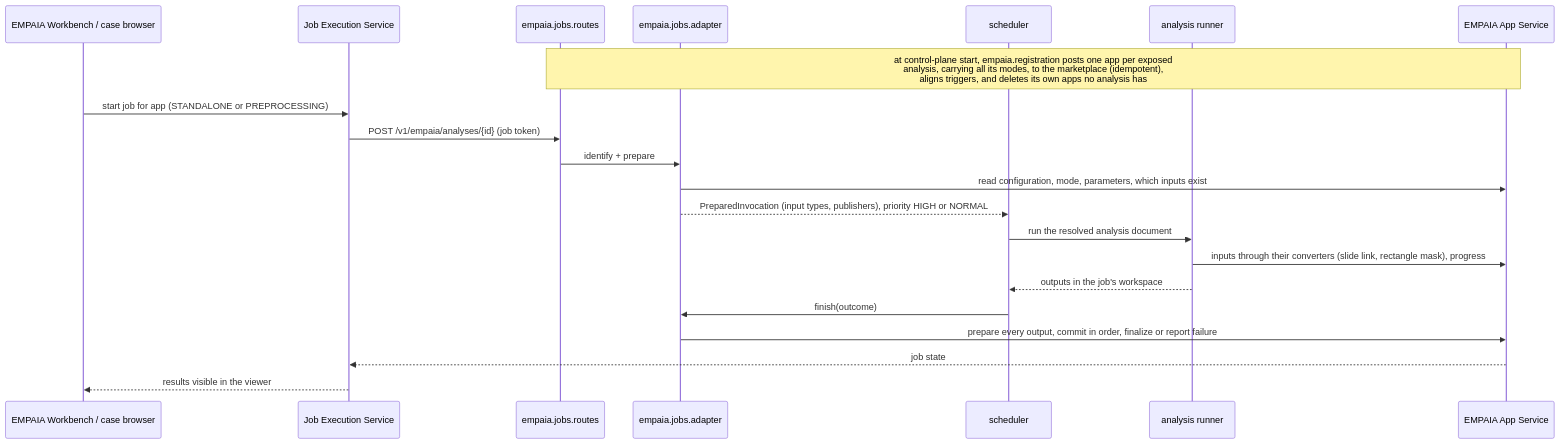
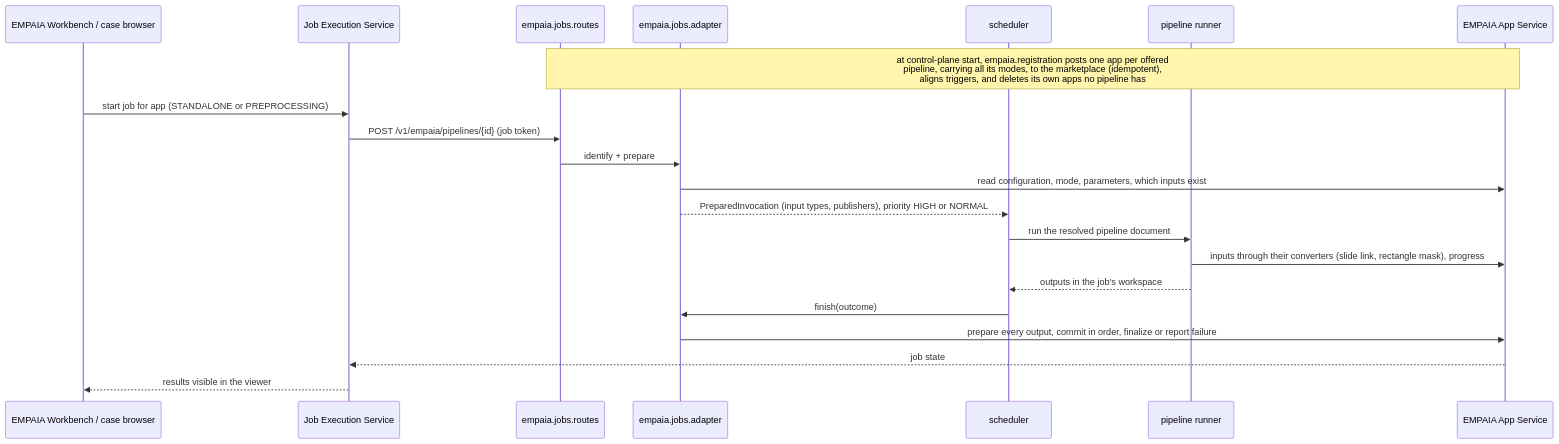
One commit to stefanpeknik/model-service changed the diagram in docs/architecture/empaia.md. Above: the diagram before and after it, drawn with Mermaid. The commit also changed other lines of this file and 304 other files, not shown here.

First line of the commit message:
rename: served models are models, analyses are pipelines, expose is providers

````diff
--- a/docs/architecture/empaia.md
+++ b/docs/architecture/empaia.md
@@ -10,24 +10,24 @@
 ```mermaid
 sequenceDiagram
   participant WD as EMPAIA Workbench / case browser
   participant JES as Job Execution Service
   participant R as empaia.jobs.routes
   participant A as empaia.jobs.adapter
   participant S as scheduler
-  participant N as analysis runner
+  participant N as pipeline runner
   participant AS as EMPAIA App Service
 
-  Note over R,AS: at control-plane start, empaia.registration posts one app per exposed<br/>analysis, carrying all its modes, to the marketplace (idempotent),<br/>aligns triggers, and deletes its own apps no analysis has
+  Note over R,AS: at control-plane start, empaia.registration posts one app per offered<br/>pipeline, carrying all its modes, to the marketplace (idempotent),<br/>aligns triggers, and deletes its own apps no pipeline has
   WD->>JES: start job for app (STANDALONE or PREPROCESSING)
-  JES->>R: POST /v1/empaia/analyses/{id} (job token)
+  JES->>R: POST /v1/empaia/pipelines/{id} (job token)
   R->>A: identify + prepare
   A->>AS: read configuration, mode, parameters, which inputs exist
   A-->>S: PreparedInvocation (input types, publishers), priority HIGH or NORMAL
-  S->>N: run the resolved analysis document
+  S->>N: run the resolved pipeline document
   N->>AS: inputs through their converters (slide link, rectangle mask), progress
   N-->>S: outputs in the job's workspace
   S->>A: finish(outcome)
   A->>AS: prepare every output, commit in order, finalize or report failure
   AS-->>JES: job state
   JES-->>WD: results visible in the viewer
 ```
````
